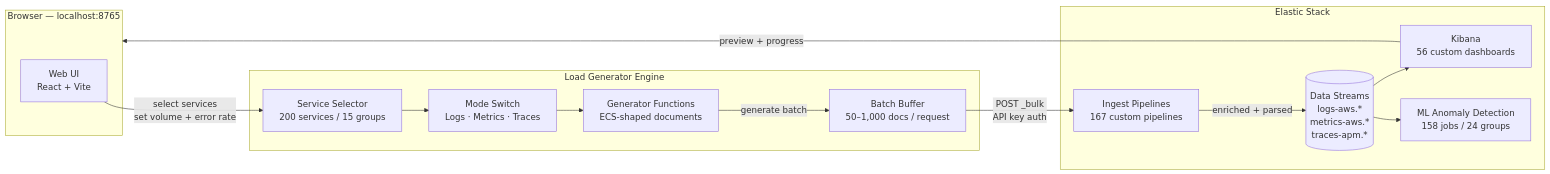
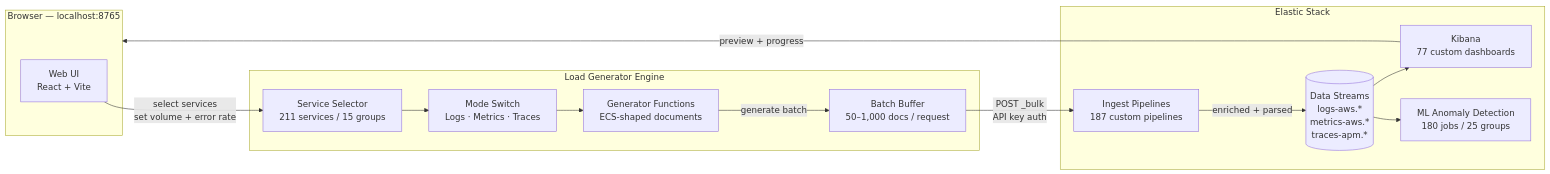
The first of 4 diagrams in docs/diagrams.md (rkernutt/aws-elastic-load-generator), drawn with Mermaid before and after one commit. The commit also changed other lines of this file and 2 other files, not shown here.

Commit message:
docs: fix stale counts in diagrams, installer README, and samples README
Updates numbers that had gone stale across multiple releases:

- docs/diagrams.md: service count 200→211, pipelines 167/152→187,
  dashboards 56→77, ML jobs 158/24→180/25
- installer/README.md: pipeline count ~167→~187 in description and
  example output
- samples/README.md: log samples 200→211, metric samples 165→189,
  verify total 200+165+23→211+189+23

All numbers now match the live registries. CI: all 5 checks pass.

````diff
--- a/docs/diagrams.md
+++ b/docs/diagrams.md
@@ -7,30 +7,30 @@
 ```mermaid
 flowchart LR
     subgraph Browser["Browser — localhost:8765"]
         UI["Web UI\nReact + Vite"]
     end
 
     subgraph Engine["Load Generator Engine"]
-        SEL["Service Selector\n200 services / 15 groups"]
+        SEL["Service Selector\n211 services / 15 groups"]
         MODE["Mode Switch\nLogs · Metrics · Traces"]
         GEN["Generator Functions\nECS-shaped documents"]
         BUF["Batch Buffer\n50–1,000 docs / request"]
     end
 
     subgraph Elastic["Elastic Stack"]
-        PIPE["Ingest Pipelines\n167 custom pipelines"]
+        PIPE["Ingest Pipelines\n187 custom pipelines"]
         DS[("Data Streams\nlogs-aws.*\nmetrics-aws.*\ntraces-apm.*")]
-        KB["Kibana\n56 custom dashboards"]
-        ML["ML Anomaly Detection\n158 jobs / 24 groups"]
+        KB["Kibana\n77 custom dashboards"]
+        ML["ML Anomaly Detection\n180 jobs / 25 groups"]
     end
 
     UI -->|"select services\nset volume + error rate"| SEL
     SEL --> MODE
     MODE --> GEN
     GEN -->|"generate batch"| BUF
     BUF -->|"POST _bulk\nAPI key auth"| PIPE
     PIPE -->|"enriched + parsed"| DS
     DS --> KB
     DS --> ML
     KB -->|"preview + progress"| Browser
 ```
````
